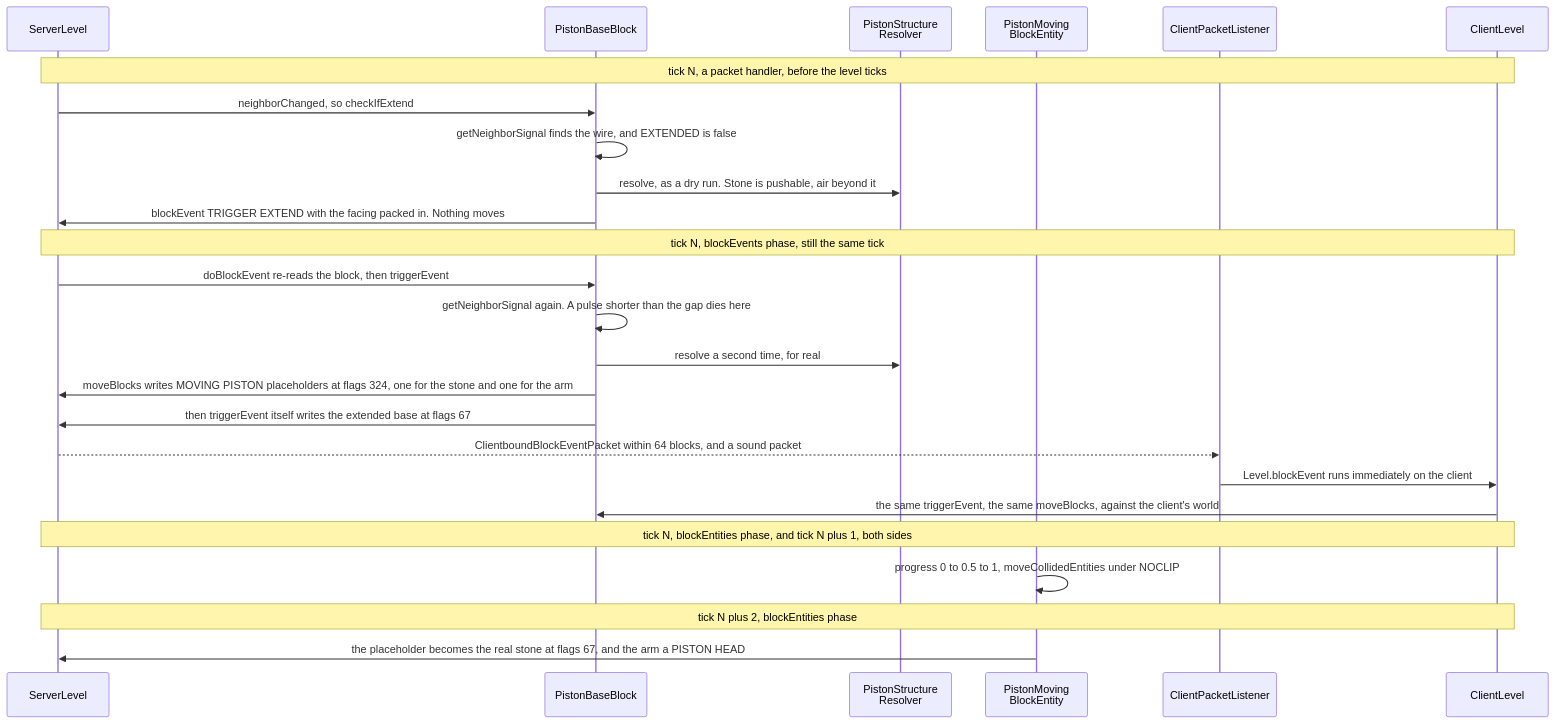
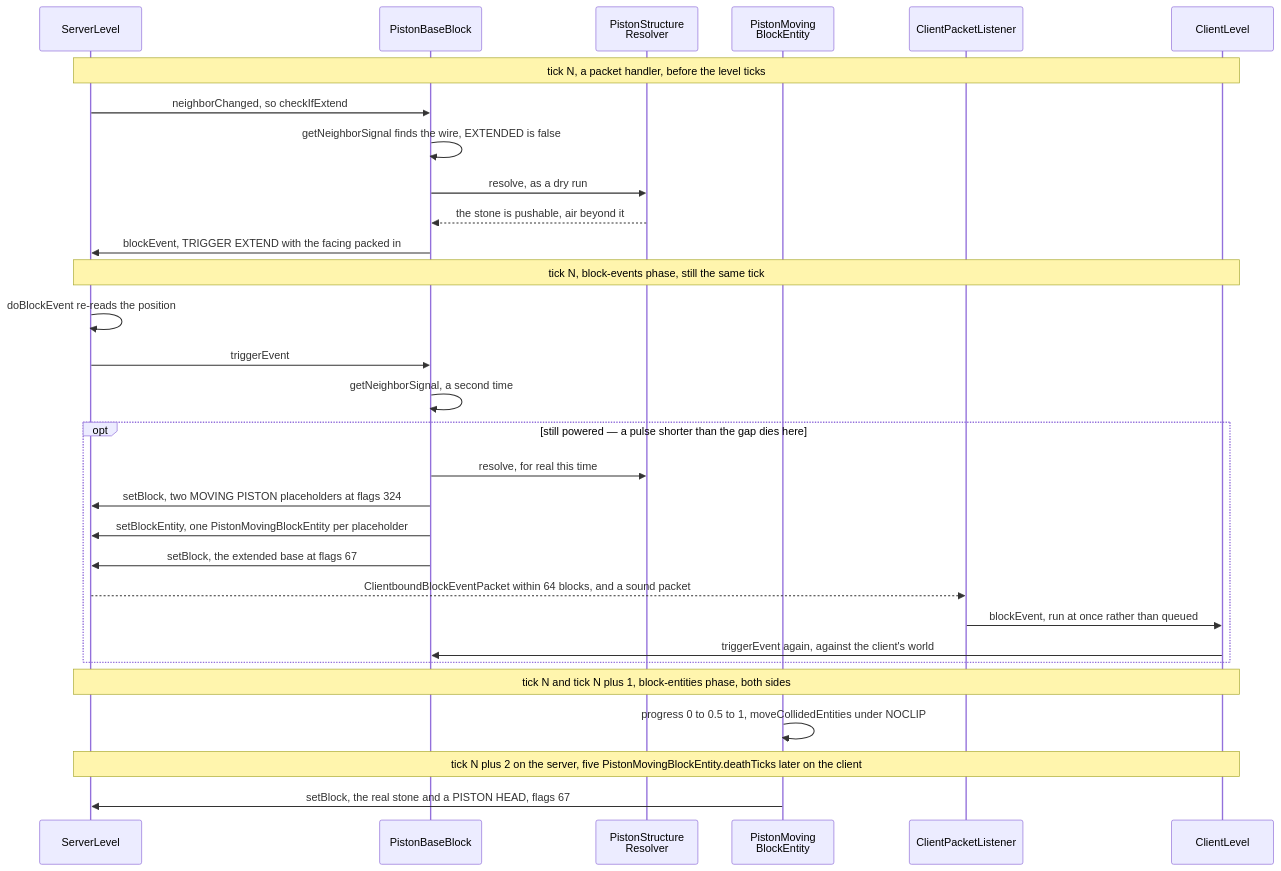
One commit to AlexanderjFraser/MinecraftDocs changed the diagram in src/systems/blocks/pistons-and-block-events.md. Above: the diagram before and after it, drawn with Mermaid. The commit also changed other lines of this file and 12 other files, not shown here.

````diff
--- a/src/systems/blocks/pistons-and-block-events.md
+++ b/src/systems/blocks/pistons-and-block-events.md
@@ -104,27 +104,33 @@
 ```mermaid
 sequenceDiagram
     participant SL as ServerLevel
     participant PBB as PistonBaseBlock
     participant PSR as PistonStructure<br/>Resolver
     participant PMBE as PistonMoving<br/>BlockEntity
     participant CPL as ClientPacketListener
     participant CL as ClientLevel
+
     Note over SL,CL: tick N, a packet handler, before the level ticks
     SL->>PBB: neighborChanged, so checkIfExtend
-    PBB->>PBB: getNeighborSignal finds the wire, and EXTENDED is false
-    PBB->>PSR: resolve, as a dry run. Stone is pushable, air beyond it
-    PBB->>SL: blockEvent TRIGGER EXTEND with the facing packed in. Nothing moves
-    Note over SL,CL: tick N, blockEvents phase, still the same tick
-    SL->>PBB: doBlockEvent re-reads the block, then triggerEvent
-    PBB->>PBB: getNeighborSignal again. A pulse shorter than the gap dies here
-    PBB->>PSR: resolve a second time, for real
-    PBB->>SL: moveBlocks writes MOVING PISTON placeholders at flags 324, one for the stone and one for the arm
-    PBB->>SL: then triggerEvent itself writes the extended base at flags 67
-    SL-->>CPL: ClientboundBlockEventPacket within 64 blocks, and a sound packet
-    CPL->>CL: Level.blockEvent runs immediately on the client
-    CL->>PBB: the same triggerEvent, the same moveBlocks, against the client's world
-    Note over SL,CL: tick N, blockEntities phase, and tick N plus 1, both sides
+    PBB->>PBB: getNeighborSignal finds the wire, EXTENDED is false
+    PBB->>PSR: resolve, as a dry run
+    PSR-->>PBB: the stone is pushable, air beyond it
+    PBB->>SL: blockEvent, TRIGGER EXTEND with the facing packed in
+    Note over SL,CL: tick N, block-events phase, still the same tick
+    SL->>SL: doBlockEvent re-reads the position
+    SL->>PBB: triggerEvent
+    PBB->>PBB: getNeighborSignal, a second time
+    opt still powered — a pulse shorter than the gap dies here
+        PBB->>PSR: resolve, for real this time
+        PBB->>SL: setBlock, two MOVING PISTON placeholders at flags 324
+        PBB->>SL: setBlockEntity, one PistonMovingBlockEntity per placeholder
+        PBB->>SL: setBlock, the extended base at flags 67
+        SL-->>CPL: ClientboundBlockEventPacket within 64 blocks, and a sound packet
+        CPL->>CL: blockEvent, run at once rather than queued
+        CL->>PBB: triggerEvent again, against the client's world
+    end
+    Note over SL,CL: tick N and tick N plus 1, block-entities phase, both sides
     PMBE->>PMBE: progress 0 to 0.5 to 1, moveCollidedEntities under NOCLIP
-    Note over SL,CL: tick N plus 2, blockEntities phase
-    PMBE->>SL: the placeholder becomes the real stone at flags 67, and the arm a PISTON HEAD
+    Note over SL,CL: tick N plus 2 on the server, five PistonMovingBlockEntity.deathTicks later on the client
+    PMBE->>SL: setBlock, the real stone and a PISTON HEAD, flags 67
 ```
````
